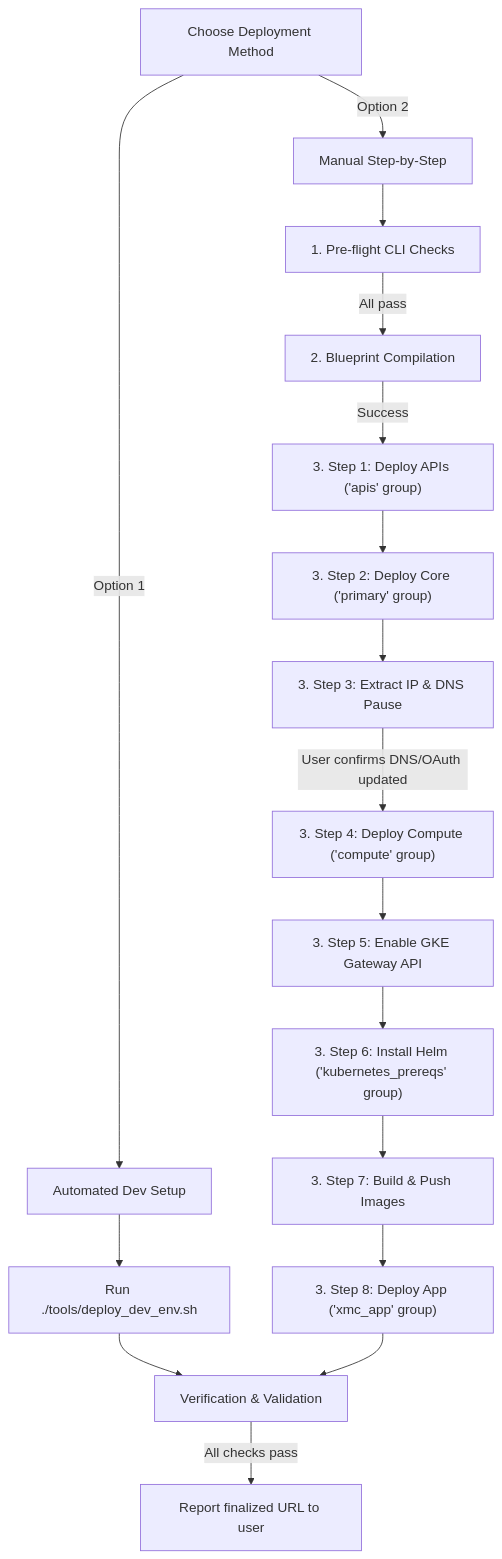
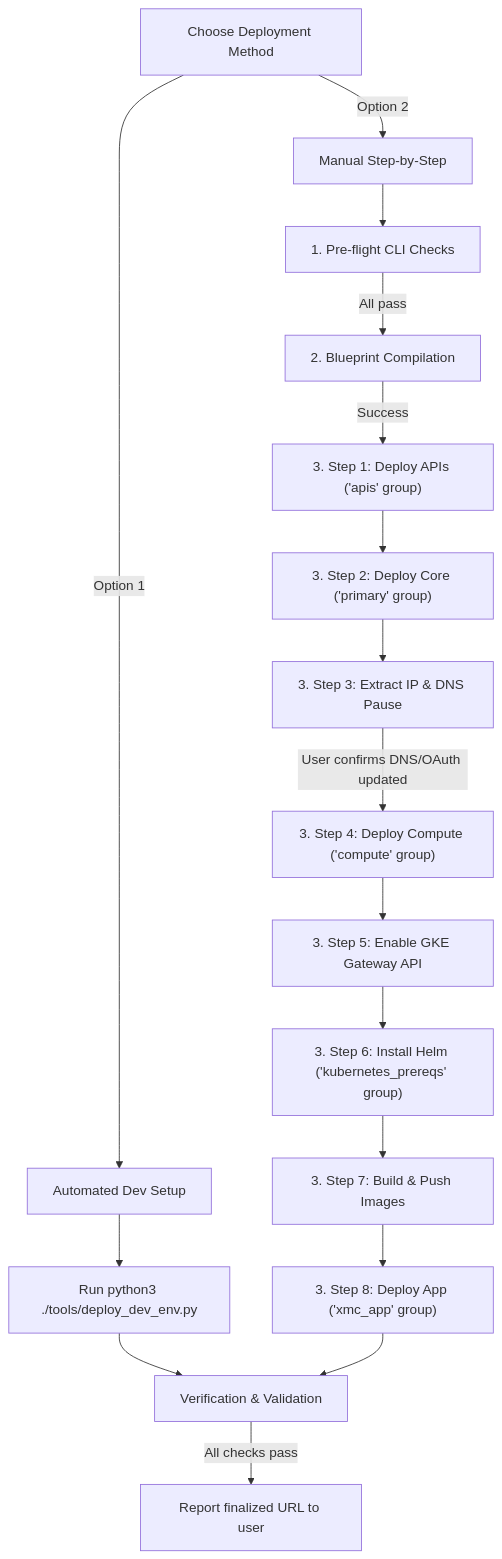
One commit to google/xmc changed the diagram in .agents/skills/deploy_xmc/SKILL.md. Above: the diagram before and after it, drawn with Mermaid. The commit also changed other lines of this file and 3 other files, not shown here.

First line of the commit message:
Remove deploy_dev_env.sh and call Python directly

````diff
--- a/.agents/skills/deploy_xmc/SKILL.md
+++ b/.agents/skills/deploy_xmc/SKILL.md
@@ -18,22 +18,22 @@
 ```mermaid
 graph TD
     Start[Choose Deployment Method] -->|Option 1| Auto[Automated Dev Setup]
     Start -->|Option 2| Manual[Manual Step-by-Step]
     
-    Auto --> AutoRun["Run ./tools/deploy_dev_env.sh"]
+    Auto --> AutoRun["Run python3 ./tools/deploy_dev_env.py"]
     AutoRun --> Verify[Verification & Validation]
     
     Manual --> A["1. Pre-flight CLI Checks"]
     A -->|All pass| B["2. Blueprint Compilation"]
     B -->|Success| C["3. Step 1: Deploy APIs ('apis' group)"]
     C --> D["3. Step 2: Deploy Core ('primary' group)"]
     D --> E["3. Step 3: Extract IP & DNS Pause"]
     E -->|User confirms DNS/OAuth updated| F["3. Step 4: Deploy Compute ('compute' group)"]
     F --> G["3. Step 5: Enable GKE Gateway API"]
     G --> H["3. Step 6: Install Helm ('kubernetes_prereqs' group)"]
     H --> I["3. Step 7: Build & Push Images"]
     I --> J["3. Step 8: Deploy App ('xmc_app' group)"]
     J --> Verify
     
     Verify -->|All checks pass| L["Report finalized URL to user"]
 ```
````
